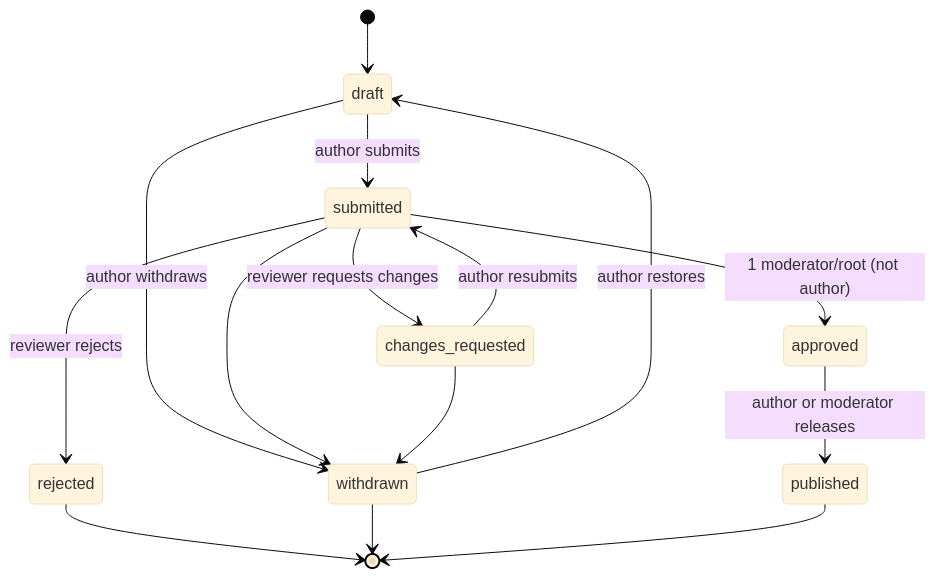
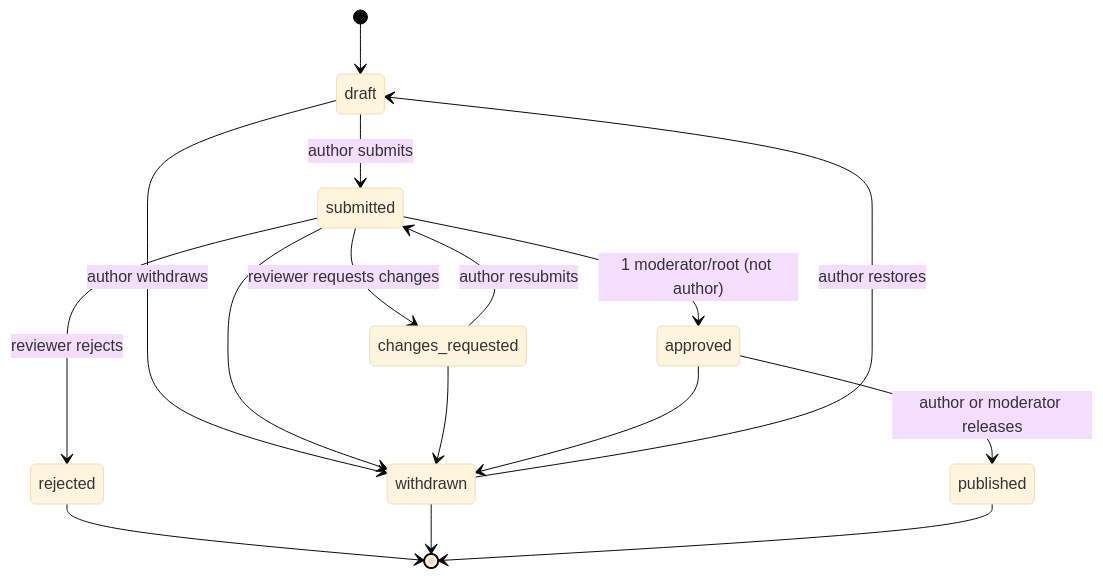
One commit to ronneai/ronne-marketplace changed the first of 2 diagrams in docs/MVP/MVP.md. Above: the diagram before and after it, drawn with Mermaid (base theme). The commit also changed other lines of this file and 64 other files, not shown here.

````diff
--- a/docs/MVP/MVP.md
+++ b/docs/MVP/MVP.md
@@ -266,17 +266,18 @@
 ```mermaid
 stateDiagram-v2
     [*] --> draft
     draft --> submitted: author submits
     submitted --> changes_requested: reviewer requests changes
     changes_requested --> submitted: author resubmits
     submitted --> approved: 1 moderator/root (not author)
     submitted --> rejected: reviewer rejects
     draft --> withdrawn: author withdraws
     submitted --> withdrawn
     changes_requested --> withdrawn
+    approved --> withdrawn
     approved --> published: author or moderator releases
     rejected --> [*]
     withdrawn --> draft: author restores
     withdrawn --> [*]
     published --> [*]
 ```
````
